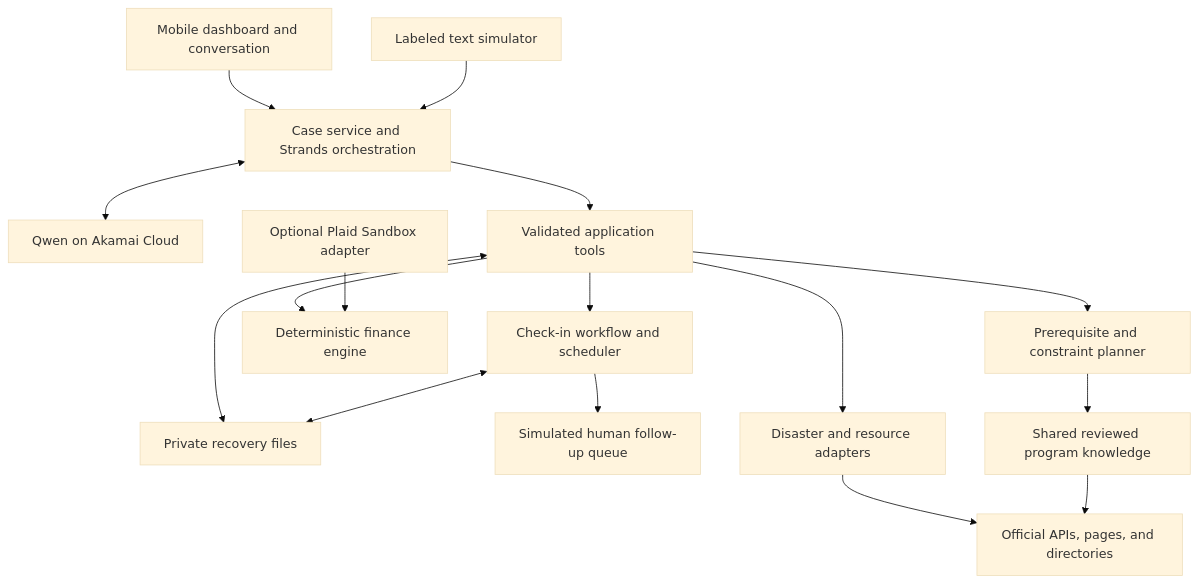
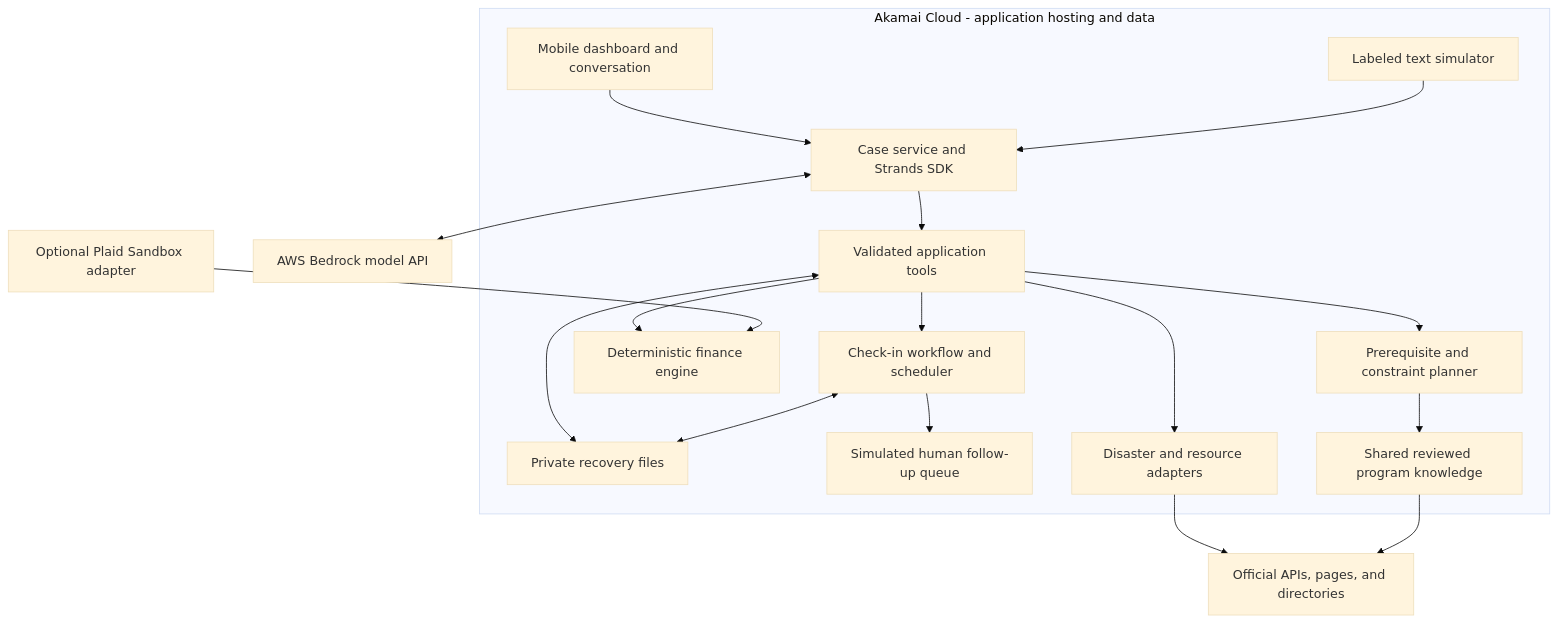
Before and after one commit to ahmad8743/StillHere: the diagram in docs/project-specification.md, drawn with Mermaid (base theme). The commit also changed other lines of this file and 7 other files, not shown here.

Commit message:
Document Strands tools and reopen case-service progress

````diff
--- a/docs/project-specification.md
+++ b/docs/project-specification.md
@@ -126,18 +127,20 @@
 ```mermaid
 flowchart TD
-    UI[Mobile dashboard and conversation] --> APP[Case service and Strands orchestration]
+    subgraph AKAMAI[Akamai Cloud - application hosting and data]
+    UI[Mobile dashboard and conversation] --> APP[Case service and Strands SDK]
     TEXT[Labeled text simulator] --> APP
-    APP <--> MODEL[Qwen on Akamai Cloud]
     APP --> TOOLS[Validated application tools]
     TOOLS <--> CASE[Private recovery files]
     TOOLS --> PLAN[Prerequisite and constraint planner]
     TOOLS --> FIN[Deterministic finance engine]
     TOOLS --> CHECK[Check-in workflow and scheduler]
     CHECK <--> CASE
     CHECK --> QUEUE[Simulated human follow-up queue]
     PLAN --> KNOW[Shared reviewed program knowledge]
     TOOLS --> DATA[Disaster and resource adapters]
+    end
+    APP <--> MODEL[AWS Bedrock model API]
     DATA --> SOURCES[Official APIs, pages, and directories]
     KNOW --> SOURCES
     BANK[Optional Plaid Sandbox adapter] --> FIN
 ```
````
